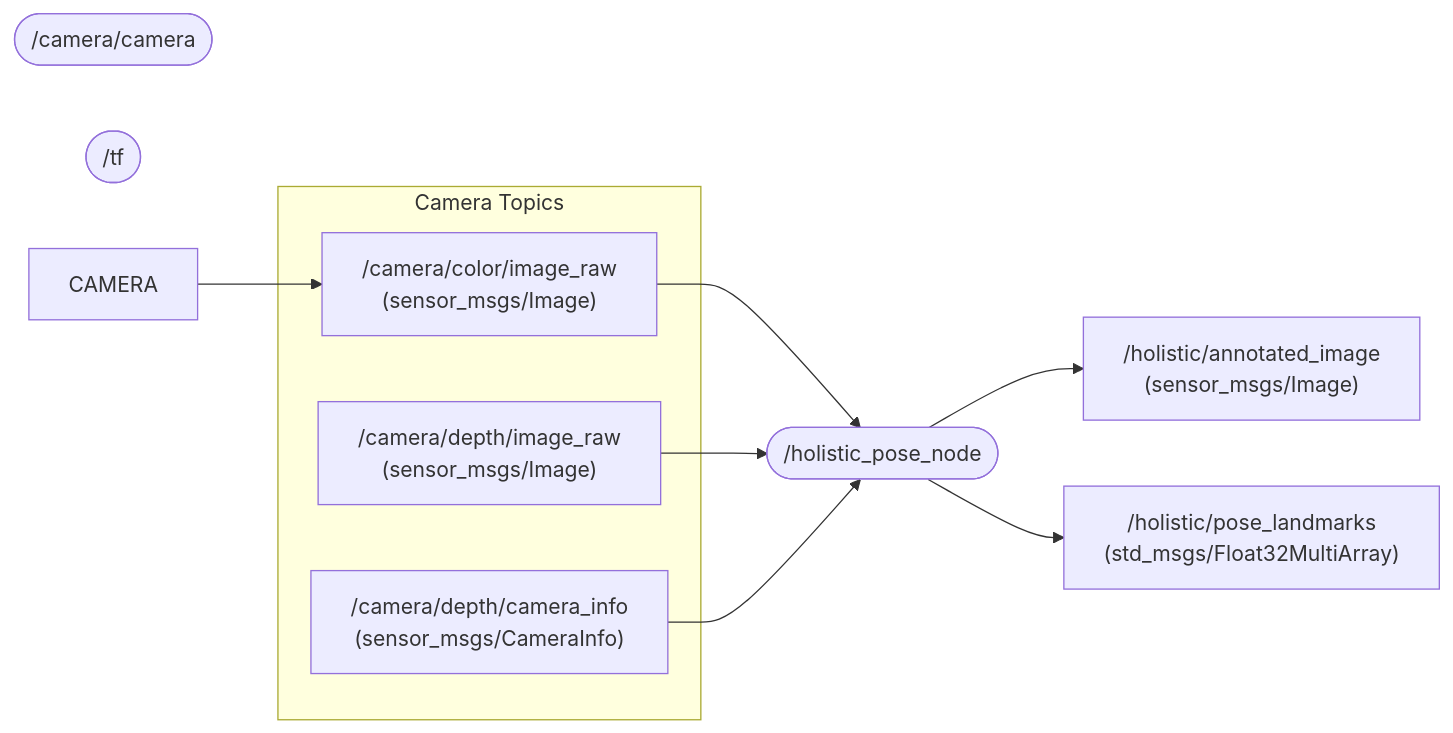
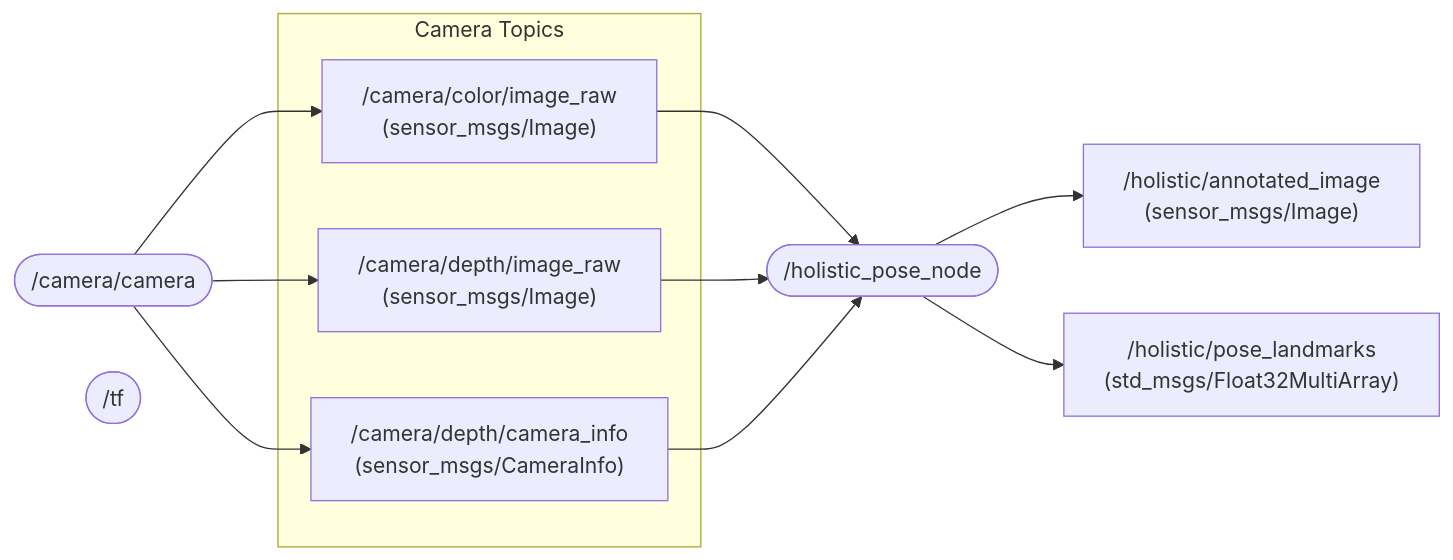
Before and after one commit to iHaruruki/mediapipe_ros2: the diagram in README.md, drawn with Mermaid.

````diff
--- a/README.md
+++ b/README.md
@@ -6,29 +6,31 @@
 ```mermaid
 flowchart LR
   %% Camera Node
   CARERA([/camera/camera])
   TF([/tf])
 
   %% ---------- Input topics ----------
   subgraph Camera Topics
     CIMG["/camera/color/image_raw<br/>(sensor_msgs/Image)"]
     DIMG["/camera/depth/image_raw<br/>(sensor_msgs/Image)"]
     DINFO["/camera/depth/camera_info<br/>(sensor_msgs/CameraInfo)"]
   end
 
-  CAMERA --> CIMG
+  CARERA --> CIMG
+  CARERA --> DIMG
+  CARERA --> DINFO
 
   %% ---------- Node ----------
   NODE([/holistic_pose_node])
 
   CIMG --> NODE
   DIMG --> NODE
   DINFO --> NODE
 
   %% ---------- Output topics ----------
   ANN["/holistic/annotated_image<br/>(sensor_msgs/Image)"]
   LM["/holistic/pose_landmarks<br/>(std_msgs/Float32MultiArray)"]
 
   NODE --> ANN
   NODE --> LM
 ```
````
